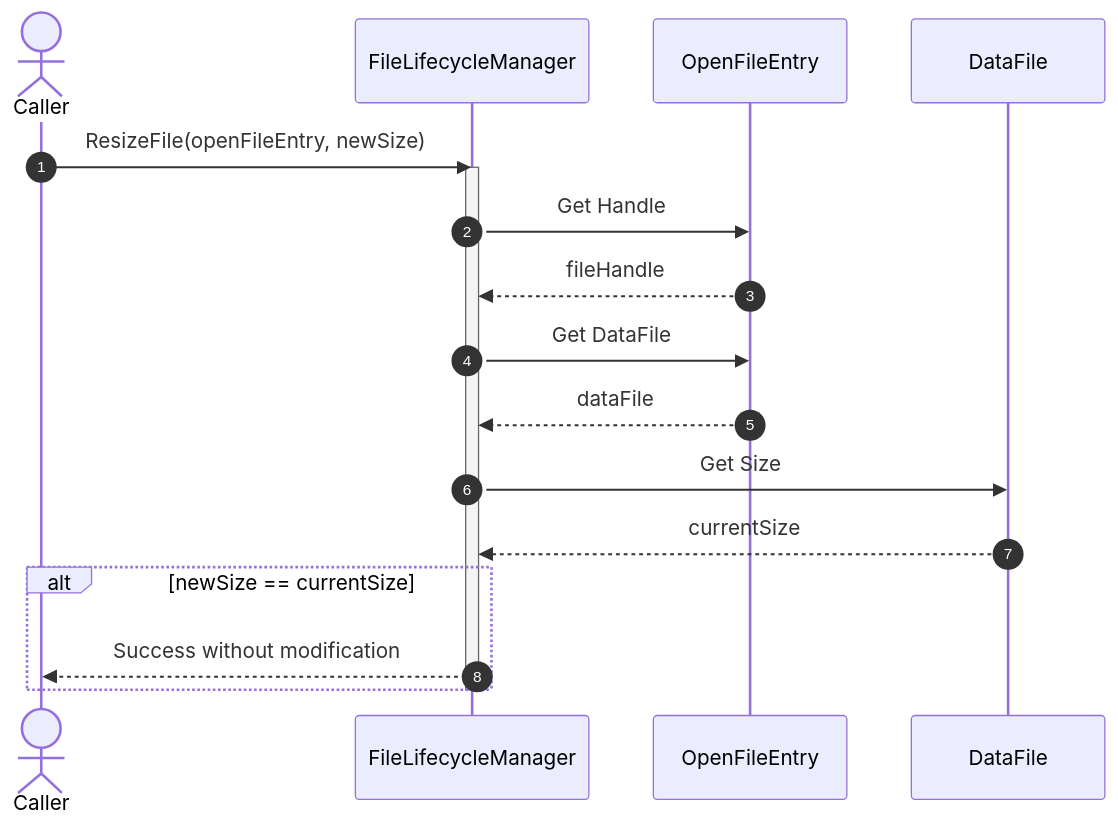
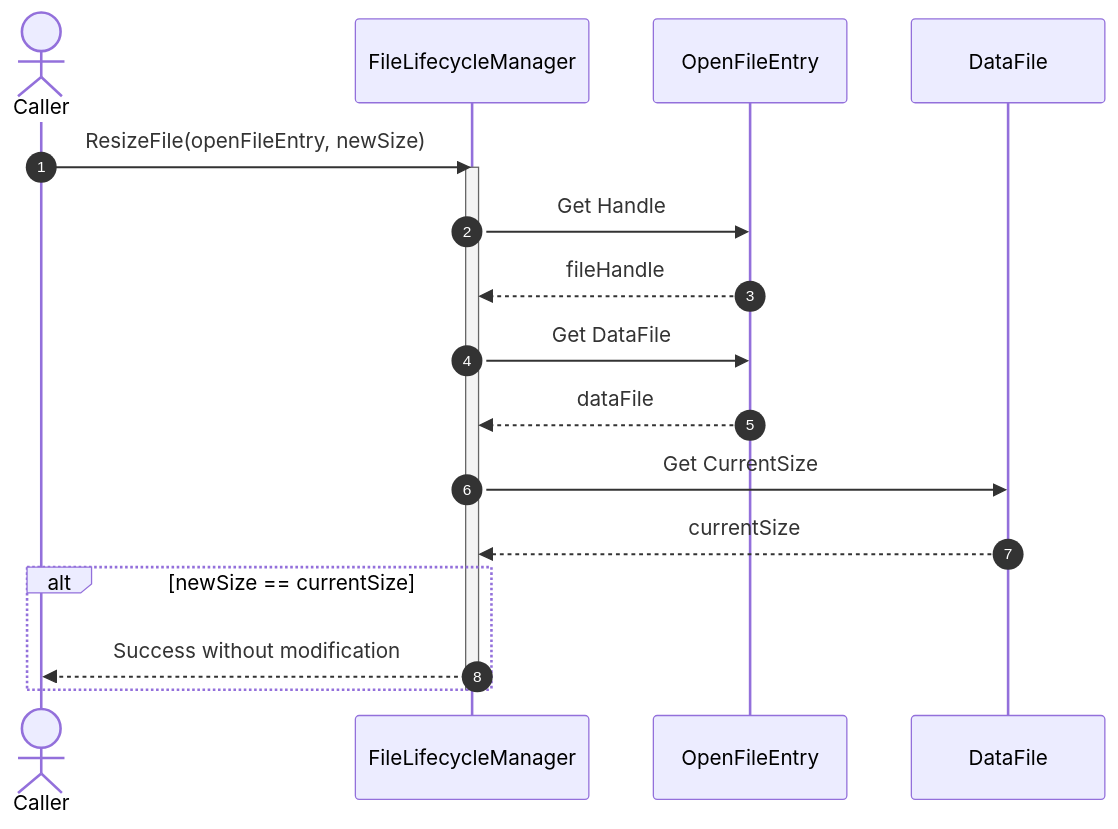
The third of 5 diagrams in docs/diagrams/sequence-diagrams/storage-engine/file-management/file-lifecycle/resize-file.md (manaxpow/DBMS), drawn with Mermaid before and after one commit. The commit also changed other lines of this file and 98 other files, not shown here.

````diff
--- a/docs/diagrams/sequence-diagrams/storage-engine/file-management/file-lifecycle/resize-file.md
+++ b/docs/diagrams/sequence-diagrams/storage-engine/file-management/file-lifecycle/resize-file.md
@@ -138,27 +142,27 @@
 ```mermaid
 sequenceDiagram
     autonumber
 
     actor Caller
     participant FLM as FileLifecycleManager
     participant OE as OpenFileEntry
     participant DF as DataFile
 
     Caller->>FLM: ResizeFile(openFileEntry, newSize)
     activate FLM
 
     FLM->>OE: Get Handle
     OE-->>FLM: fileHandle
 
     FLM->>OE: Get DataFile
     OE-->>FLM: dataFile
 
-    FLM->>DF: Get Size
+    FLM->>DF: Get CurrentSize
     DF-->>FLM: currentSize
 
     alt newSize == currentSize
         FLM-->>Caller: Success without modification
     end
 
     deactivate FLM
 ```
````
